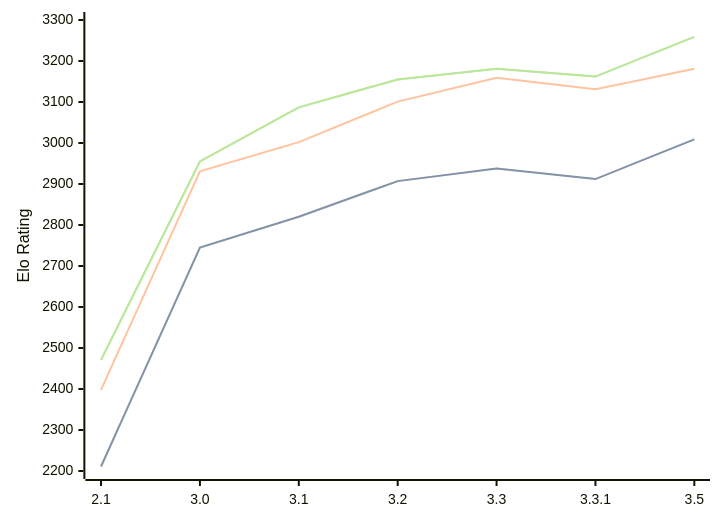
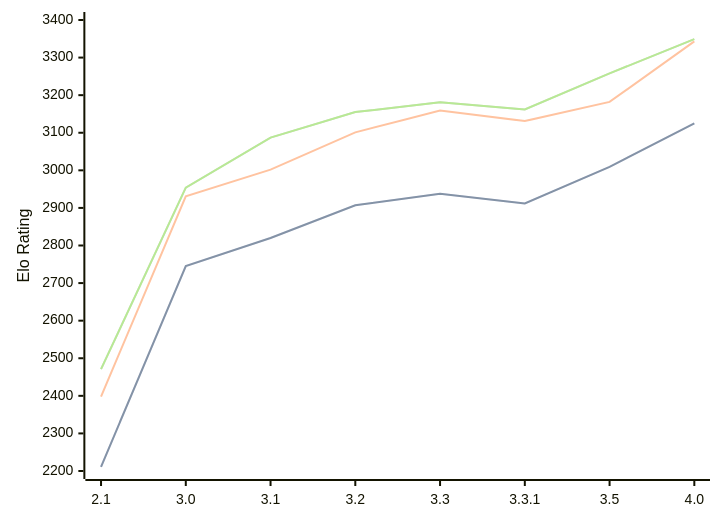
Before and after one commit to computer-chess-index/cci: the diagram in engines/Petrel.md, drawn with Mermaid. The commit also changed other lines of this file, not shown here.

Commit message:
Update CCI Ratings (ELO VLTC) - 2026-08-06

````diff
--- a/engines/Petrel.md
+++ b/engines/Petrel.md
@@ -52,11 +52,11 @@
 ```mermaid
 %%{init: {"theme":"base","themeVariables":{"seriesColors:['#a3a3a3','#222221','#faa371']}}}%%
 xychart-beta
-  x-axis ["2.1", "3.0", "3.1", "3.2", "3.3", "3.3.1", "3.5"]
-  y-axis "Elo Rating" 2200 --> 3300
-  line "STC (8.0+0.08s)" [2211, 2745, 2820, 2907, 2938, 2912, 3009]
-  line "STC (8.0+0.08s)" [2211, 2745, 2820, 2907, 2938, 2912, 3009]
-  line "LTC (60.0+0.60s)" [2398, 2931, 3002, 3101, 3159, 3131, 3181]
-  line "VLTC (2m24s+1.12s)" [2471, 2955, 3087, 3155, 3181, 3162, 3259]
-  line "VLTC (2m24s+1.12s)" [2471, 2955, 3087, 3155, 3181, 3162, 3259]
+  x-axis ["2.1", "3.0", "3.1", "3.2", "3.3", "3.3.1", "3.5", "4.0"]
+  y-axis "Elo Rating" 2200 --> 3400
+  line "STC (8.0+0.08s)" [2211, 2745, 2820, 2907, 2938, 2912, 3009, 3125]
+  line "STC (8.0+0.08s)" [2211, 2745, 2820, 2907, 2938, 2912, 3009, 3125]
+  line "LTC (60.0+0.60s)" [2398, 2931, 3002, 3101, 3159, 3131, 3182, 3343]
+  line "VLTC (2m24s+1.12s)" [2471, 2954, 3087, 3155, 3181, 3162, 3258, 3349]
+  line "VLTC (2m24s+1.12s)" [2471, 2954, 3087, 3155, 3181, 3162, 3258, 3349]
 ```
````
